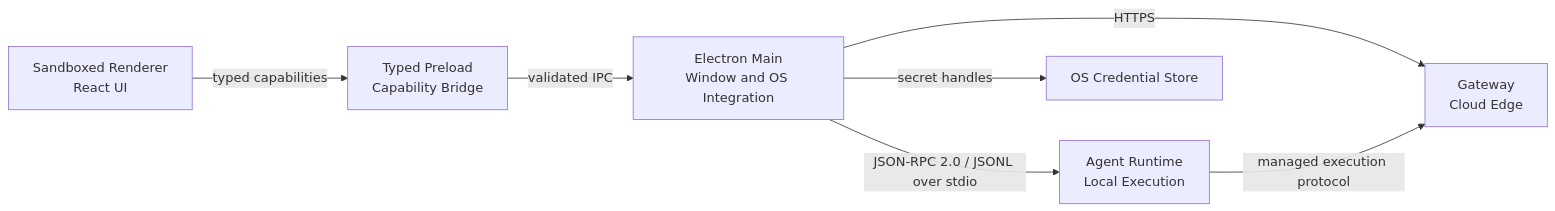
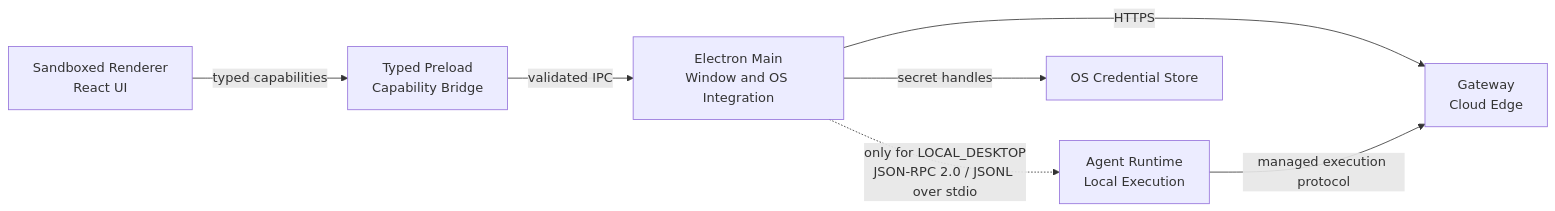
One commit to hataketed7977/taskpilot changed the first of 2 diagrams in apps/desktop/docs/architecture.md. Above: the diagram before and after it, drawn with Mermaid. The commit also changed other lines of this file and 16 other files, not shown here.

````diff
--- a/apps/desktop/docs/architecture.md
+++ b/apps/desktop/docs/architecture.md
@@ -43,16 +45,17 @@
 ```mermaid
 flowchart LR
     renderer["Sandboxed Renderer\nReact UI"]
     preload["Typed Preload\nCapability Bridge"]
     main["Electron Main\nWindow and OS Integration"]
     runtime["Agent Runtime\nLocal Execution"]
     gateway["Gateway\nCloud Edge"]
     credential["OS Credential Store"]
 
     renderer -->|typed capabilities| preload
     preload -->|validated IPC| main
-    main -->|JSON-RPC 2.0 / JSONL over stdio| runtime
+    main -.->|only for LOCAL_DESKTOP
+JSON-RPC 2.0 / JSONL over stdio| runtime
     main -->|HTTPS| gateway
     main -->|secret handles| credential
     runtime -->|managed execution protocol| gateway
 ```
````
